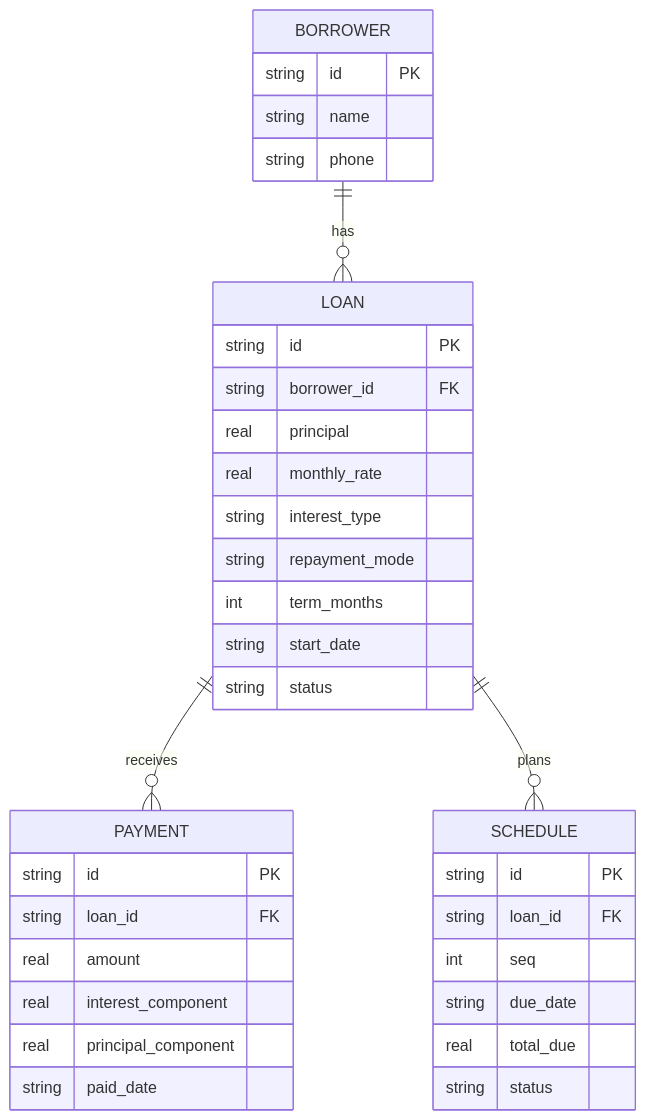
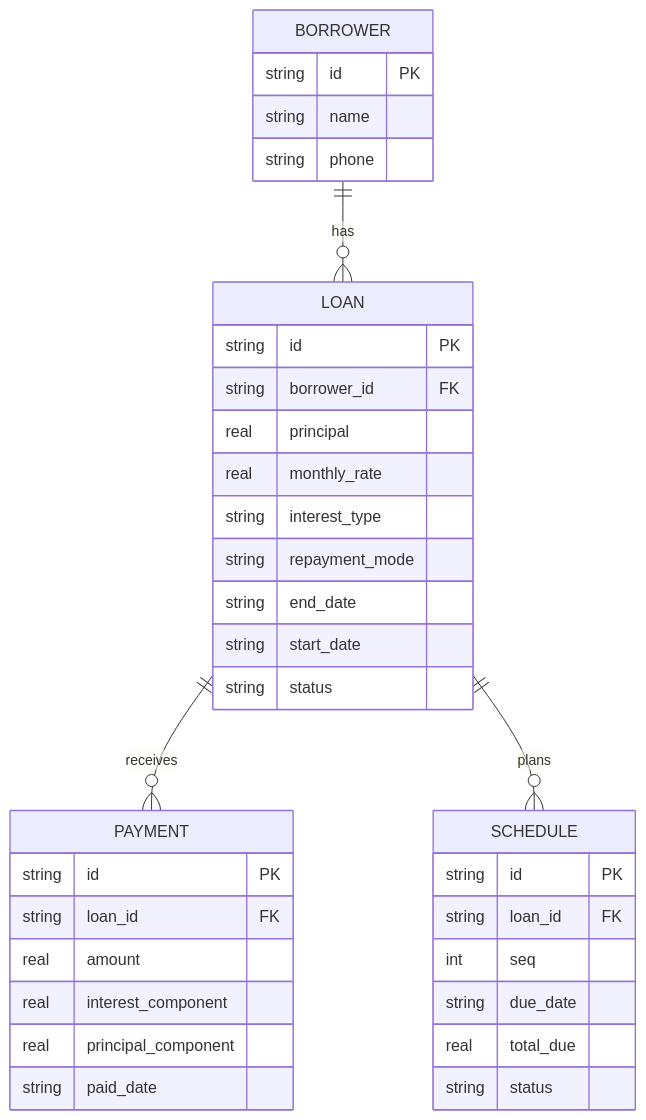
Before and after one commit to devravinder/project-trust-fund: the fourth of 4 diagrams in docs/architecture.md, drawn with Mermaid. The commit also changed 1 other file, not shown here.

Commit message:
Docs: JSON/Turso architecture and end_date data model

````diff
--- a/docs/architecture.md
+++ b/docs/architecture.md
@@ -103,11 +103,11 @@
 ```mermaid
 erDiagram
     BORROWER ||--o{ LOAN : has
     LOAN ||--o{ PAYMENT : receives
     LOAN ||--o{ SCHEDULE : plans
 
     BORROWER { string id PK  string name  string phone }
-    LOAN { string id PK  string borrower_id FK  real principal  real monthly_rate  string interest_type  string repayment_mode  int term_months  string start_date  string status }
+    LOAN { string id PK  string borrower_id FK  real principal  real monthly_rate  string interest_type  string repayment_mode  string end_date  string start_date  string status }
     PAYMENT { string id PK  string loan_id FK  real amount  real interest_component  real principal_component  string paid_date }
     SCHEDULE { string id PK  string loan_id FK  int seq  string due_date  real total_due  string status }
 ```
````
